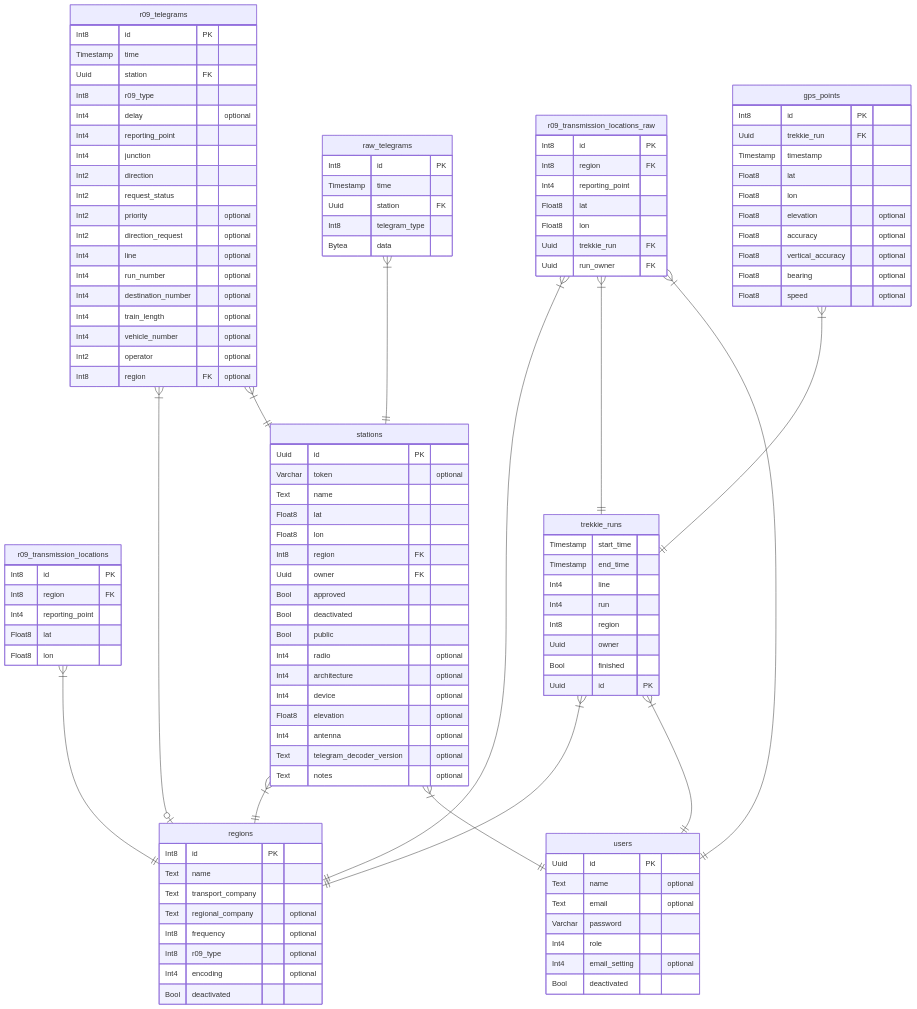
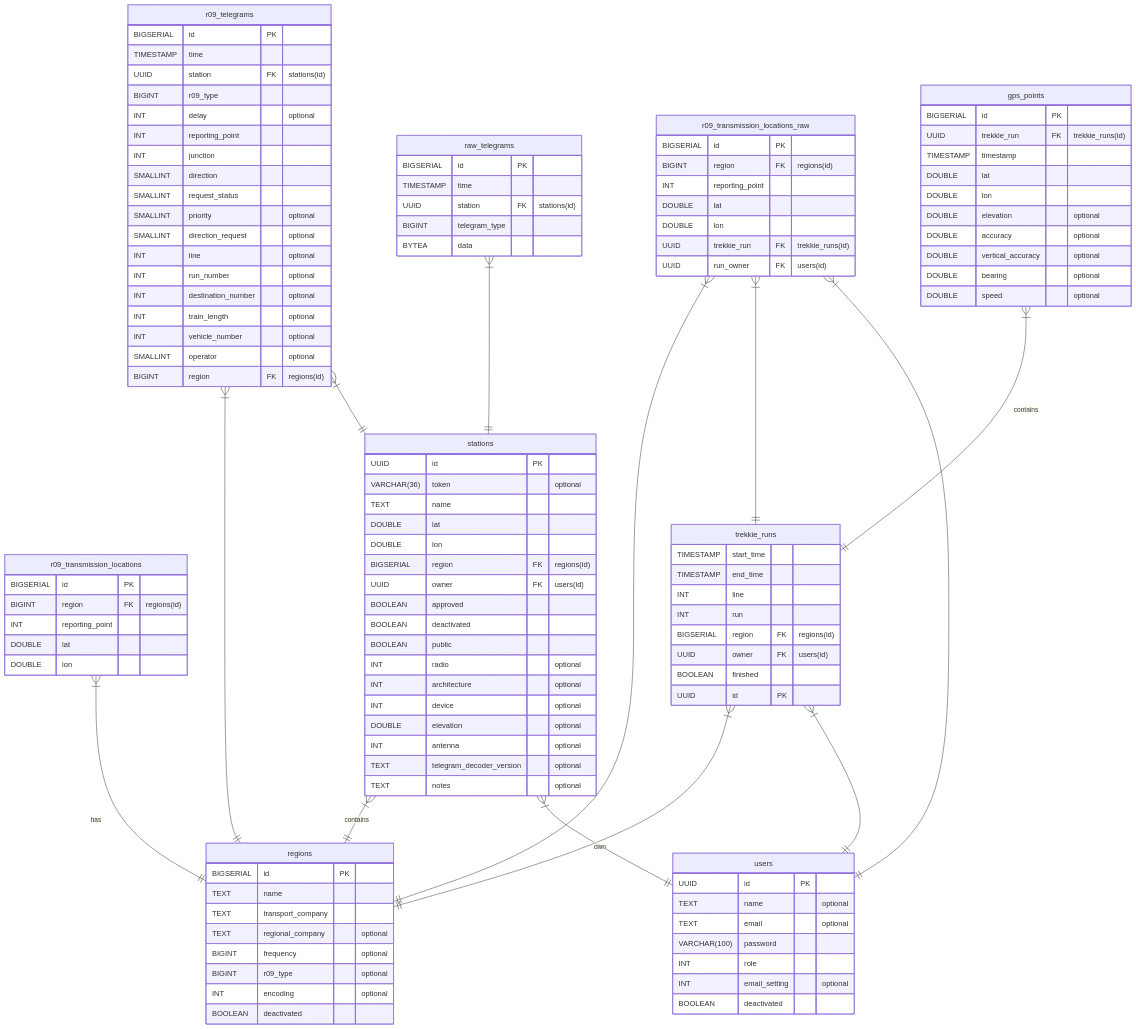
Before and after one commit to tlm-solutions/dump-dvb.rs: the diagram in README.md, drawn with Mermaid.

````diff
--- a/README.md
+++ b/README.md
@@ -42,127 +42,127 @@
 ```mermaid
 erDiagram
 	gps_points {
-		Int8 id PK
-		Uuid trekkie_run FK
-		Timestamp timestamp
-		Float8 lat
-		Float8 lon
-		Float8 elevation         "optional"
-		Float8 accuracy          "optional"
-		Float8 vertical_accuracy "optional"
-		Float8 bearing           "optional"
-		Float8 speed             "optional"
+		BIGSERIAL id PK
+		UUID trekkie_run FK "trekkie_runs(id)"
+		TIMESTAMP timestamp
+		DOUBLE lat
+		DOUBLE lon
+		DOUBLE elevation         "optional"
+		DOUBLE accuracy          "optional"
+		DOUBLE vertical_accuracy "optional"
+		DOUBLE bearing           "optional"
+		DOUBLE speed             "optional"
 	}
 
 	r09_telegrams {
-		Int8 id PK
-		Timestamp time
-		Uuid station FK
-		Int8 r09_type
-		Int4 delay              "optional"
-		Int4 reporting_point
-		Int4 junction
-		Int2 direction
-		Int2 request_status
-		Int2 priority           "optional"
-		Int2 direction_request  "optional"
-		Int4 line               "optional"
-		Int4 run_number         "optional"
-		Int4 destination_number "optional"
-		Int4 train_length       "optional"
-		Int4 vehicle_number     "optional"
-		Int2 operator           "optional"
-		Int8 region FK          "optional"
+		BIGSERIAL id PK
+		TIMESTAMP time
+		UUID station FK "stations(id)"
+		BIGINT r09_type
+		INT delay              "optional"
+		INT reporting_point
+		INT junction
+		SMALLINT direction
+		SMALLINT request_status
+		SMALLINT priority           "optional"
+		SMALLINT direction_request  "optional"
+		INT line               "optional"
+		INT run_number         "optional"
+		INT destination_number "optional"
+		INT train_length       "optional"
+		INT vehicle_number     "optional"
+		SMALLINT operator           "optional"
+		BIGINT region FK "regions(id)"
 	}
 
 	r09_transmission_locations {
-		Int8 id PK
-		Int8 region FK
-		Int4 reporting_point
-		Float8 lat
-		Float8 lon
+		BIGSERIAL id PK
+		BIGINT region FK "regions(id)"
+		INT reporting_point
+		DOUBLE lat
+		DOUBLE lon
 	}
 
 	r09_transmission_locations_raw {
-		Int8 id PK
-		Int8 region FK
-		Int4 reporting_point
-		Float8 lat
-		Float8 lon
-		Uuid trekkie_run FK
-		Uuid run_owner FK
+		BIGSERIAL id PK
+		BIGINT region FK "regions(id)"
+		INT reporting_point
+		DOUBLE lat
+		DOUBLE lon
+		UUID trekkie_run FK "trekkie_runs(id)"
+		UUID run_owner FK "users(id)"
 	}
 
 	raw_telegrams {
-		Int8 id PK
-		Timestamp time
-		Uuid station FK
-		Int8 telegram_type
-		Bytea data
+		BIGSERIAL id PK
+		TIMESTAMP time
+		UUID station FK "stations(id)"
+		BIGINT telegram_type
+		BYTEA data
 	}
 
 	regions {
-		Int8 id PK
-		Text name
-		Text transport_company
-		Text regional_company   "optional"
-		Int8 frequency          "optional"
-		Int8 r09_type           "optional"
-		Int4 encoding           "optional"
-		Bool deactivated
+		BIGSERIAL id PK
+		TEXT name
+		TEXT transport_company
+		TEXT regional_company   "optional"
+		BIGINT frequency          "optional"
+		BIGINT r09_type           "optional"
+		INT encoding           "optional"
+		BOOLEAN deactivated
 	}
 
 	stations {
-		Uuid id PK
-		Varchar token                 "optional"
-		Text name
-		Float8 lat
-		Float8 lon
-		Int8 region FK
-		Uuid owner FK
-		Bool approved
-		Bool deactivated
-		Bool public
-		Int4 radio                    "optional"
-		Int4 architecture             "optional"
-		Int4 device                   "optional"
-		Float8 elevation              "optional"
-		Int4 antenna                  "optional"
-		Text telegram_decoder_version "optional"
-		Text notes                    "optional"
+		UUID id PK
+		VARCHAR(36) token                 "optional"
+		TEXT name
+		DOUBLE lat
+		DOUBLE lon
+		BIGSERIAL region FK "regions(id)"
+		UUID owner FK "users(id)"
+		BOOLEAN approved
+		BOOLEAN deactivated
+		BOOLEAN public
+		INT radio                    "optional"
+		INT architecture             "optional"
+		INT device                   "optional"
+		DOUBLE elevation              "optional"
+		INT antenna                  "optional"
+		TEXT telegram_decoder_version "optional"
+		TEXT notes                    "optional"
 	}
 
 	trekkie_runs {
-		Timestamp start_time
-		Timestamp end_time
-		Int4 line
-		Int4 run
-		Int8 region
-		Uuid owner
-		Bool finished
-		Uuid id PK
+		TIMESTAMP start_time
+		TIMESTAMP end_time
+		INT line
+		INT run
+		BIGSERIAL region FK "regions(id)"
+		UUID owner FK "users(id)"
+		BOOLEAN finished
+		UUID id PK
 	}
 
 	users {
-		Uuid id PK
-		Text name          "optional"
-		Text email         "optional"
-		Varchar password
-		Int4 role
-		Int4 email_setting "optional"
-		Bool deactivated
+		UUID id PK
+		TEXT name          "optional"
+		TEXT email         "optional"
+		VARCHAR(100) password
+		INT role
+		INT email_setting "optional"
+		BOOLEAN deactivated
 	}
 
-  gps_points }|--|| trekkie_runs : ""
-  r09_telegrams }|--o| regions : ""
+  gps_points }|--|| trekkie_runs : "contains"
+  r09_telegrams }|--|| regions : ""
   r09_telegrams }|--|| stations : ""
-  r09_transmission_locations }|--|| regions : ""
+  r09_transmission_locations }|--|| regions : "has"
   r09_transmission_locations_raw }|--|| regions : ""
   r09_transmission_locations_raw }|--||trekkie_runs : ""
   r09_transmission_locations_raw }|--|| users : ""
   raw_telegrams }|--|| stations : ""
-  stations }|--|| regions : ""
-  stations }|--||users : ""
+  stations }|--|| regions : "contains"
+  stations }|--|| users : "own"
   trekkie_runs }|--|| regions : ""
   trekkie_runs }|--|| users : ""
 ```
````
